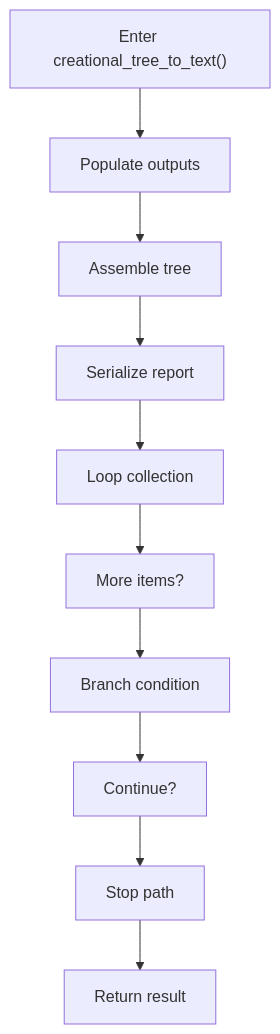
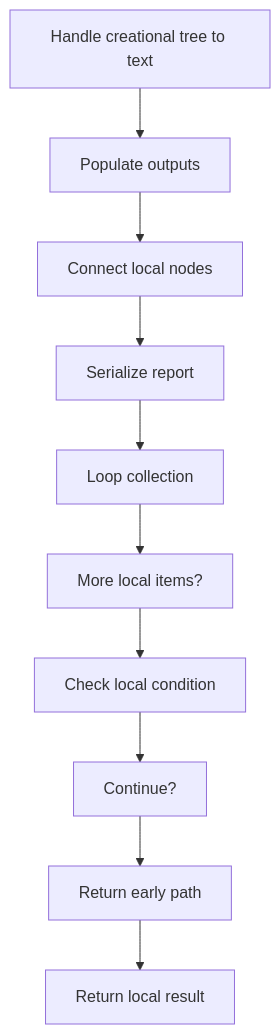
Before and after one commit to JohnAndrewBalbarosa/NeoTerritory: the third of 4 diagrams in docs/Codebase/Microservice/Modules/Source/Trees/ClassGeneration/VirtualBroken/Creational/Flow/creational_broken_tree_program_flow.cpp.md, drawn with Mermaid. The commit also changed other lines of this file and 925 other files, not shown here.

````diff
--- a/docs/Codebase/Microservice/Modules/Source/Trees/ClassGeneration/VirtualBroken/Creational/Flow/creational_broken_tree_program_flow.cpp.md
+++ b/docs/Codebase/Microservice/Modules/Source/Trees/ClassGeneration/VirtualBroken/Creational/Flow/creational_broken_tree_program_flow.cpp.md
@@ -67,22 +67,22 @@
 ```mermaid
 flowchart TD
-    N0["Enter creational_tree_to_text()"]
+    N0["Handle creational tree to text"]
     N1["Populate outputs"]
-    N2["Assemble tree"]
+    N2["Connect local nodes"]
     N3["Serialize report"]
     N4["Loop collection"]
-    N5["More items?"]
-    N6["Branch condition"]
+    N5["More local items?"]
+    N6["Check local condition"]
     N7["Continue?"]
-    N8["Stop path"]
-    N9["Return result"]
+    N8["Return early path"]
+    N9["Return local result"]
     N0 --> N1
     N1 --> N2
     N2 --> N3
     N3 --> N4
     N4 --> N5
     N5 --> N6
     N6 --> N7
     N7 --> N8
     N8 --> N9
 ```
````
